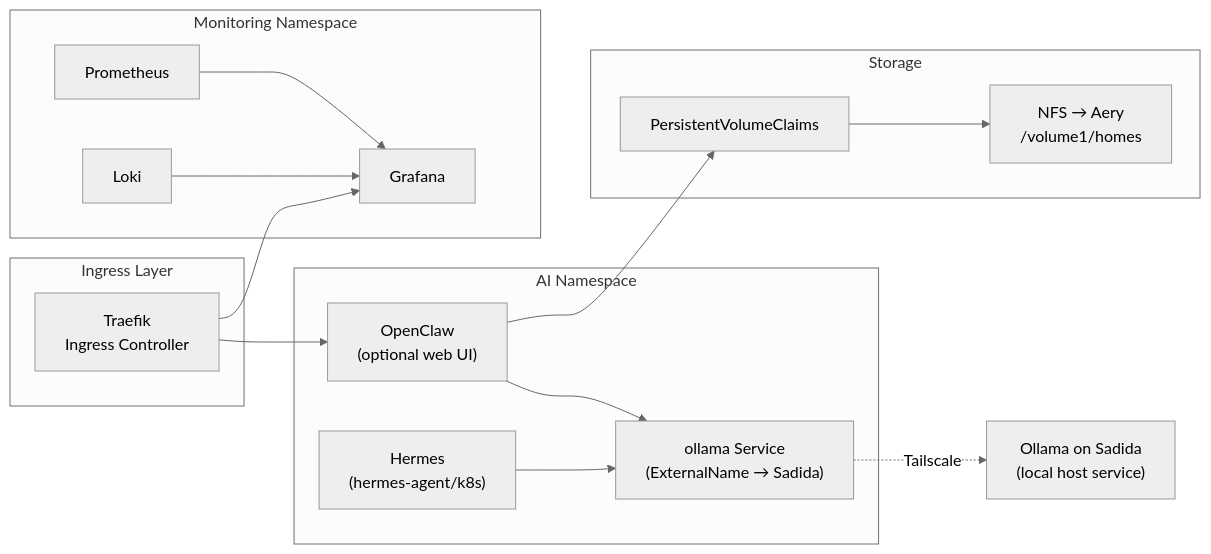
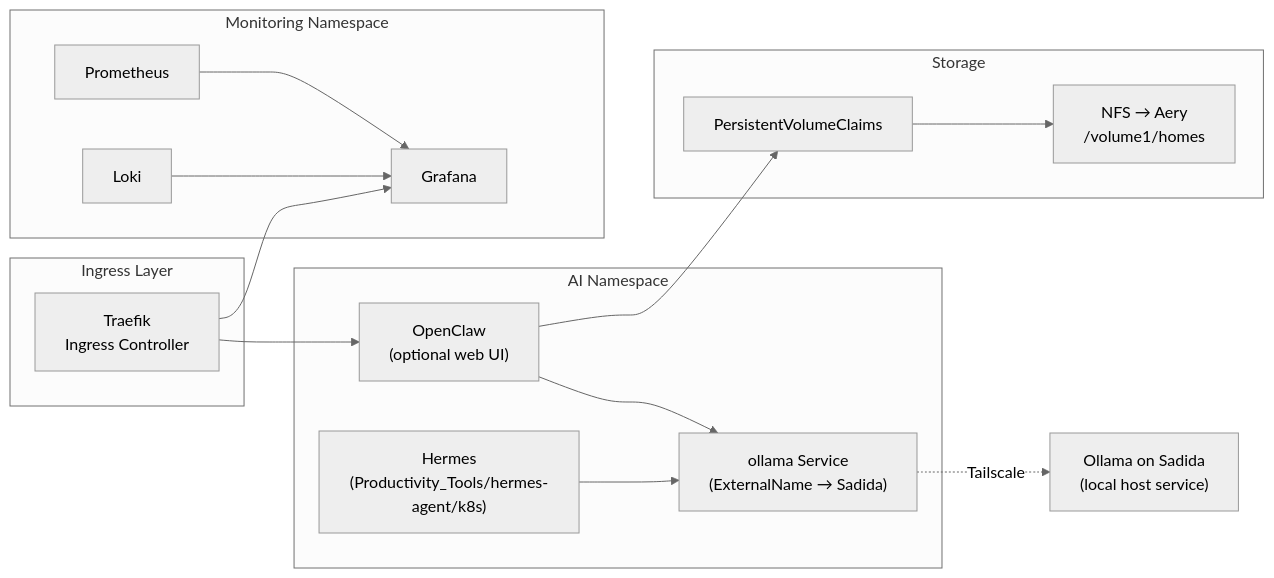
The third of 4 diagrams in README.md (SethSterling22/HomeLab_Architecture), drawn with Mermaid (neutral theme) before and after one commit. The commit also changed other lines of this file and 12 other files, not shown here.

````diff
--- a/README.md
+++ b/README.md
@@ -184,33 +180,33 @@
 ```mermaid
 graph LR
     subgraph ingress["Ingress Layer"]
         TRAEFIK["Traefik\nIngress Controller"]
     end
 
     subgraph ai["AI Namespace"]
         OC["OpenClaw\n(optional web UI)"]
-        HM["Hermes\n(hermes-agent/k8s)"]
+        HM["Hermes\n(Productivity_Tools/hermes-agent/k8s)"]
         OL["ollama Service\n(ExternalName → Sadida)"]
     end
 
     subgraph storage["Storage"]
         PVC["PersistentVolumeClaims"]
         NFS["NFS → Aery\n/volume1/homes"]
     end
 
     subgraph monitoring["Monitoring Namespace"]
         PROM["Prometheus"]
         GRAF["Grafana"]
         LOKI["Loki"]
     end
 
     TRAEFIK --> OC
     TRAEFIK --> GRAF
     OC --> OL
     HM --> OL
     OL -.->|Tailscale| SADIDA["Ollama on Sadida\n(local host service)"]
     OC --> PVC
     PVC --> NFS
     PROM --> GRAF
     LOKI --> GRAF
 ```
````
